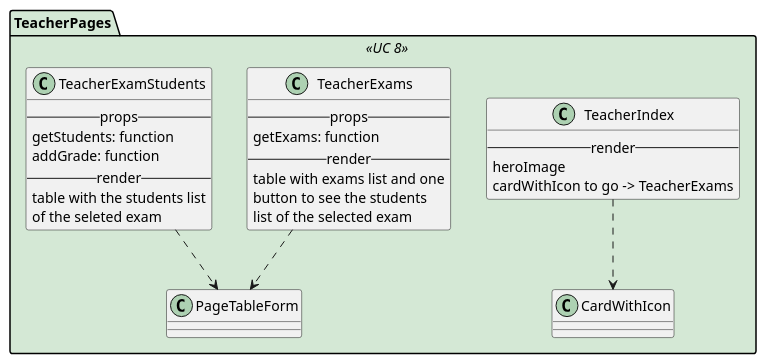
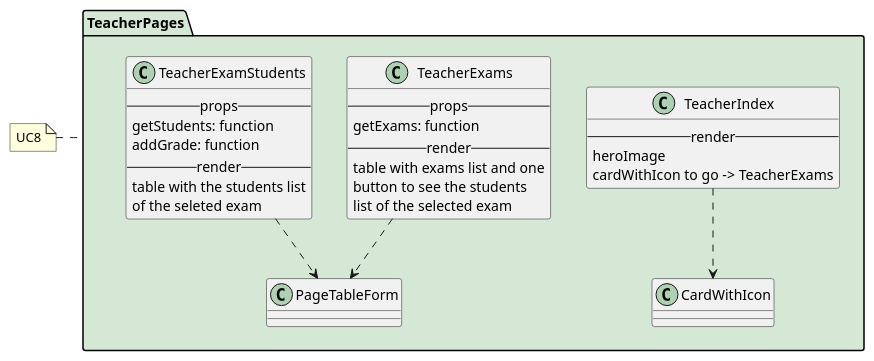
Before and after one commit to M9k/Marvin-Uml: the diagram in react/teacher/index.iuml, drawn with PlantUML. The commit also changed other lines of this file and 7 other files, not shown here.

Commit message:
Corretti commenti secondo standard UML

```diff
--- a/react/teacher/index.iuml
+++ b/react/teacher/index.iuml
@@ -1,34 +1,32 @@
-skinparam package<<UC 8>> {
-    backgroundColor #d4e8d5
-}
-
-package TeacherPages <<UC 8>>{
+package TeacherPages #D4E8D5 {
 
 class TeacherIndex {
     --render--
         heroImage
         cardWithIcon to go -> TeacherExams
 }
 TeacherIndex ..> CardWithIcon
 
 class TeacherExams {
     --props--
         getExams: function
     --render--
     table with exams list and one
     button to see the students
     list of the selected exam
 }
 TeacherExams ..> PageTableForm
 
 class TeacherExamStudents {
     --props--
         getStudents: function
         addGrade: function
     --render--
     table with the students list
     of the seleted exam
 }
 TeacherExamStudents ..> PageTableForm
 
 }
+
+note left of TeacherPages: UC8
```
